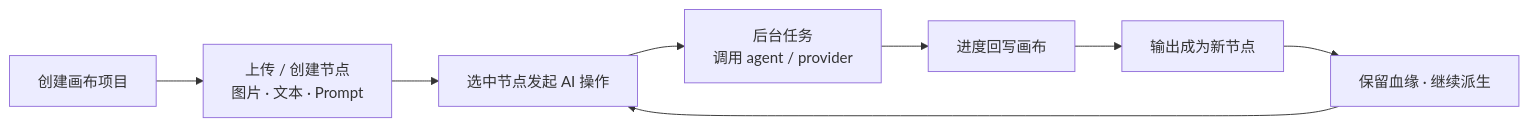
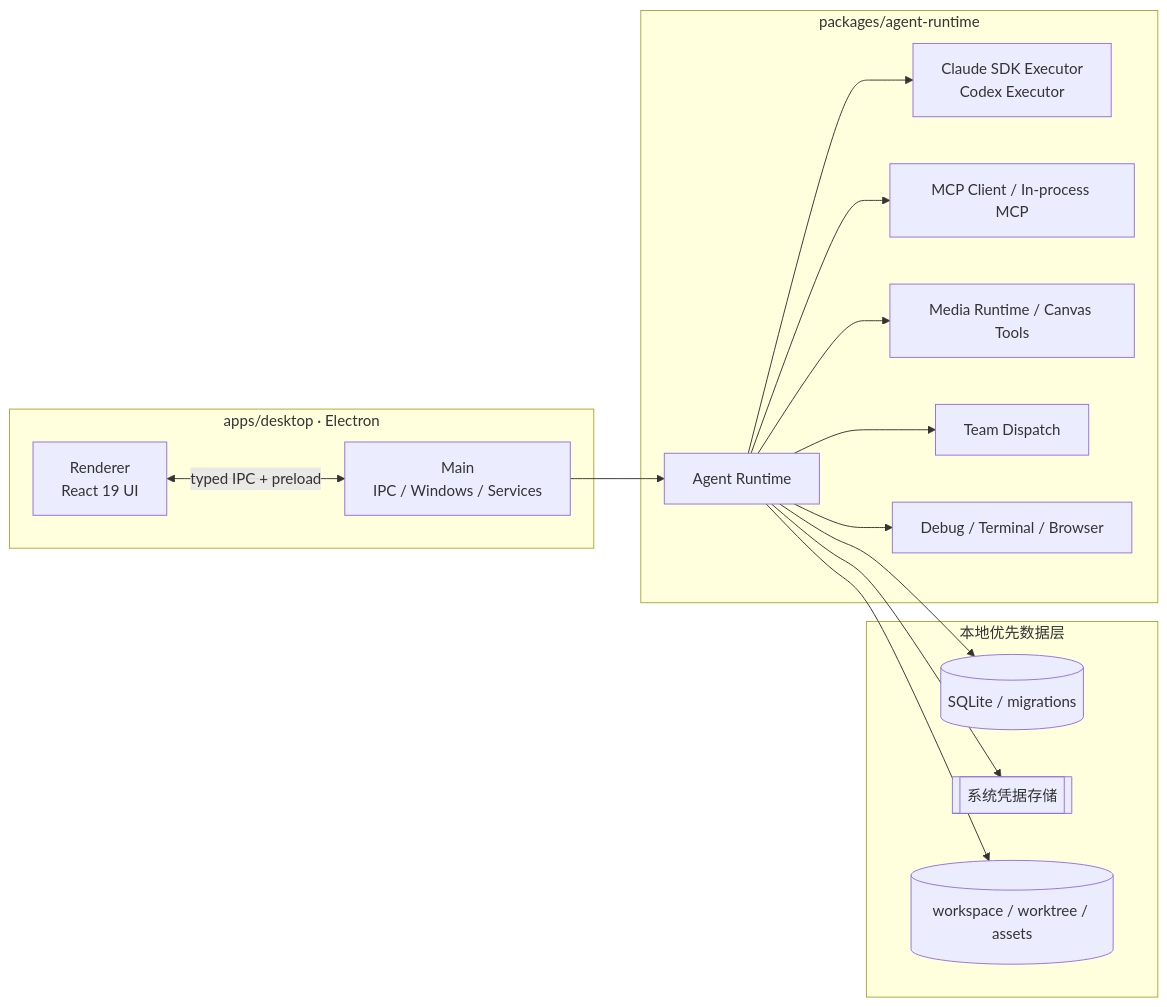
Before and after one commit to alexanderizh/spark-agent: the fourth of 4 diagrams in README.md, drawn with Mermaid. The commit also changed other lines of this file and 13 other files, not shown here.

````diff
--- a/README.md
+++ b/README.md
@@ -145,10 +154,30 @@
 ```mermaid
 graph LR
-    A["创建画布项目"] --> B["上传 / 创建节点<br/>图片 · 文本 · Prompt"]
-    B --> C["选中节点发起 AI 操作"]
-    C --> D["后台任务<br/>调用 agent / provider"]
-    D --> E["进度回写画布"]
-    E --> F["输出成为新节点"]
-    F --> G["保留血缘 · 继续派生"]
-    G --> C
+    subgraph Desktop["apps/desktop · Electron"]
+        R["Renderer<br/>React 19 UI"]
+        M["Main<br/>IPC / Windows / Services"]
+    end
+    subgraph Runtime["packages/agent-runtime"]
+        AL["Agent Runtime"]
+        EX["Claude SDK Executor<br/>Codex Executor"]
+        MCP["MCP Client / In-process MCP"]
+        MED["Media Runtime / Canvas Tools"]
+        TEAM["Team Dispatch"]
+        DBG["Debug / Terminal / Browser"]
+    end
+    subgraph Data["本地优先数据层"]
+        DB[(SQLite / migrations)]
+        KEY[[系统凭据存储]]
+        FS[(workspace / worktree / assets)]
+    end
+    R <-->|typed IPC + preload| M
+    M --> AL
+    AL --> EX
+    AL --> MCP
+    AL --> MED
+    AL --> TEAM
+    AL --> DBG
+    AL --> DB
+    AL --> KEY
+    AL --> FS
 ```
````
